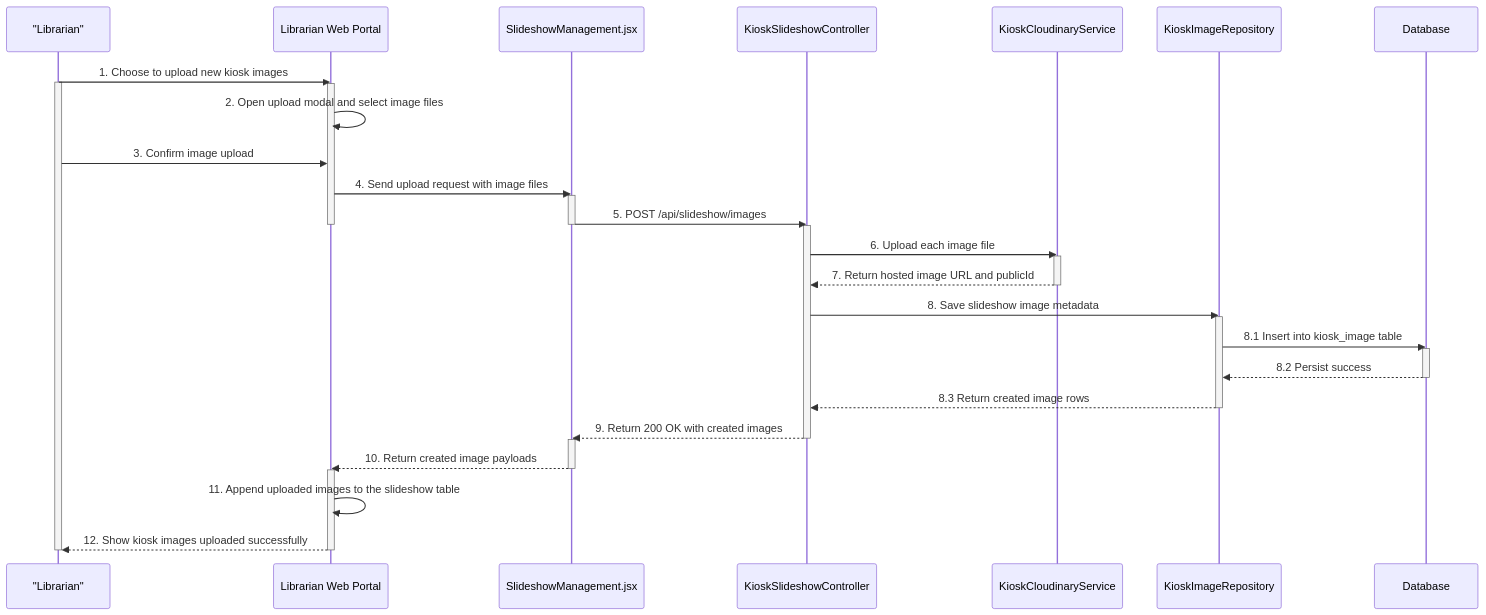
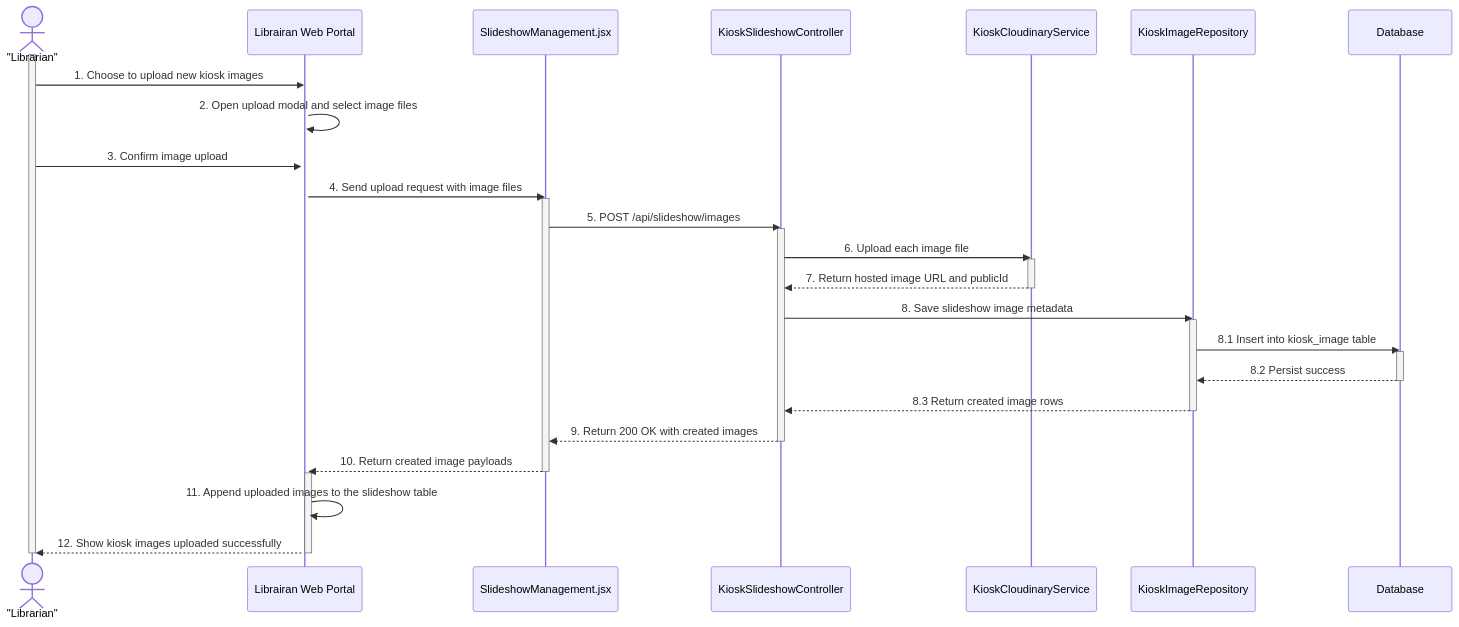
Before and after one commit to huuhuydng/SLIB: the diagram in doc/Report/Report4_Software Design Document/10_News & Announcement Module/Sequence Diagrams/FE-118b_Create_Kiosk_Image.md, drawn with Mermaid. The commit also changed 3 other files, not shown here.

````diff
--- a/doc/Report/Report4_Software Design Document/10_News & Announcement Module/Sequence Diagrams/FE-118b_Create_Kiosk_Image.md
+++ b/doc/Report/Report4_Software Design Document/10_News & Announcement Module/Sequence Diagrams/FE-118b_Create_Kiosk_Image.md
@@ -3,50 +3,55 @@
 ```mermaid
 sequenceDiagram
-    participant Users as "Librarian"
-    participant Client as Librarian Web Portal
+    actor Users as "Librarian"
+    participant Client as Librairan Web Portal
     participant SlidePage as SlideshowManagement.jsx
     participant SlideController as KioskSlideshowController
     participant CloudinaryService as KioskCloudinaryService
     participant ImageRepo as KioskImageRepository
     participant DB as Database
 
+    activate Users
     Users->>Client: 1. Choose to upload new kiosk images
-    activate Users
     activate Client
+    
     Client->>Client: 2. Open upload modal and select image files
     Users->>Client: 3. Confirm image upload
+    
+    # Giai đoạn: Gửi yêu cầu Upload
     Client->>SlidePage: 4. Send upload request with image files
     activate SlidePage
-
     SlidePage->>SlideController: 5. POST /api/slideshow/images
-    deactivate SlidePage
-    deactivate Client
     activate SlideController
-
+    
+    # Bước 6 & 7: Xử lý lưu trữ trên Cloud
     SlideController->>CloudinaryService: 6. Upload each image file
     activate CloudinaryService
     CloudinaryService-->>SlideController: 7. Return hosted image URL and publicId
     deactivate CloudinaryService
 
+    # Bước 8: Lưu thông tin ảnh vào Database
     SlideController->>ImageRepo: 8. Save slideshow image metadata
     activate ImageRepo
     ImageRepo->>DB: 8.1 Insert into kiosk_image table
     activate DB
     DB-->>ImageRepo: 8.2 Persist success
     deactivate DB
     ImageRepo-->>SlideController: 8.3 Return created image rows
     deactivate ImageRepo
-
+    
+    # Phản hồi kết quả về UI
     SlideController-->>SlidePage: 9. Return 200 OK with created images
     deactivate SlideController
-    activate SlidePage
+    
     SlidePage-->>Client: 10. Return created image payloads
     deactivate SlidePage
+    
+    # Giai đoạn: Cập nhật giao diện Client
     activate Client
-
     Client->>Client: 11. Append uploaded images to the slideshow table
+    
     Client-->>Users: 12. Show kiosk images uploaded successfully
-
+    
     deactivate Client
     deactivate Users
 ```
````
